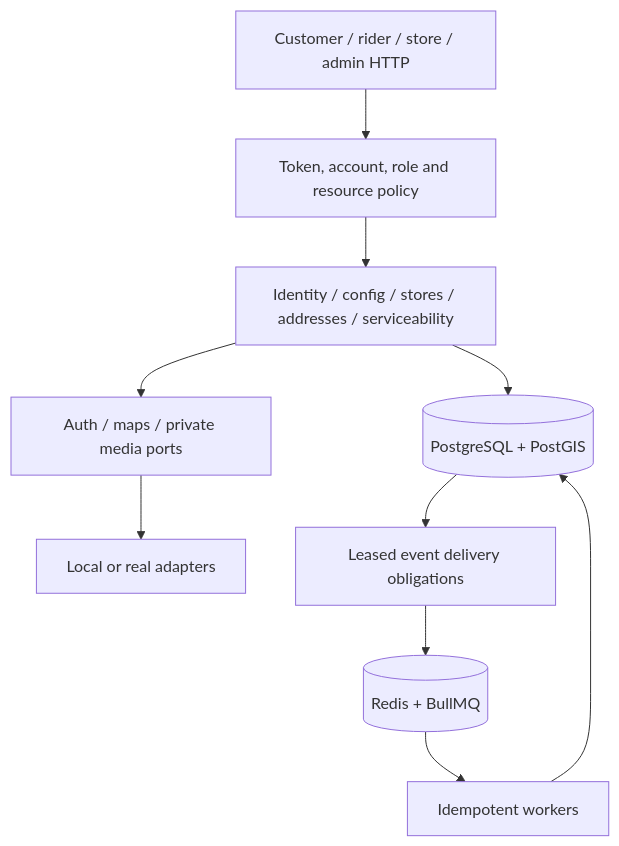
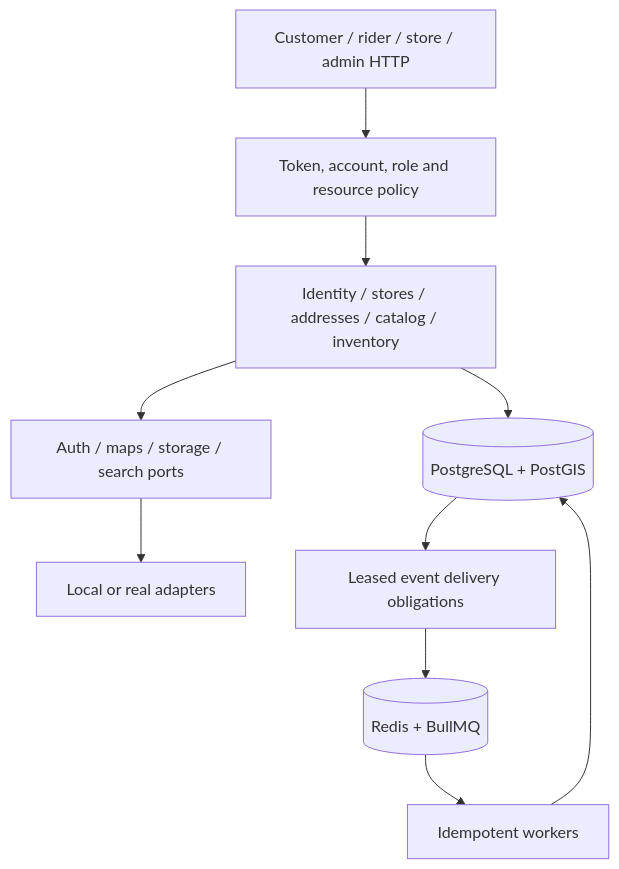
One commit to balu-16/delivery-app changed the diagram in docs/ARCHITECTURE.md. Above: the diagram before and after it, drawn with Mermaid. The commit also changed other lines of this file and 127 other files, not shown here.

Commit message:
feat(backend): complete catalog search and inventory phases

````diff
--- a/docs/ARCHITECTURE.md
+++ b/docs/ARCHITECTURE.md
@@ -5,12 +5,12 @@
 ```mermaid
 flowchart TD
   HTTP[Customer / rider / store / admin HTTP] --> GUARD[Token, account, role and resource policy]
-  GUARD --> MODULES[Identity / config / stores / addresses / serviceability]
+  GUARD --> MODULES[Identity / stores / addresses / catalog / inventory]
   MODULES --> PG[(PostgreSQL + PostGIS)]
-  MODULES --> PORTS[Auth / maps / private media ports]
+  MODULES --> PORTS[Auth / maps / storage / search ports]
   PORTS --> LOCAL[Local or real adapters]
   PG --> OUTBOX[Leased event delivery obligations]
   OUTBOX --> REDIS[(Redis + BullMQ)]
   REDIS --> WORKER[Idempotent workers]
   WORKER --> PG
 ```
````
